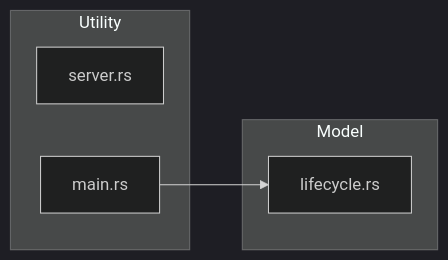
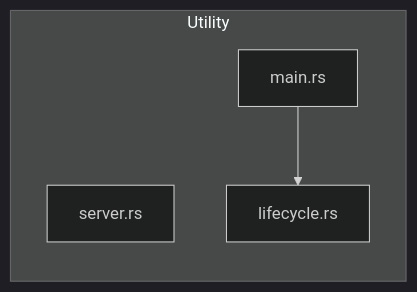
Before and after one commit to Mague/void-stack: the seventh of 8 diagrams in void-stack-analysis.md, drawn with Mermaid (dark theme). The commit also changed other lines of this file and 8 other files, not shown here.

````diff
--- a/void-stack-analysis.md
+++ b/void-stack-analysis.md
@@ -1323,11 +1322,9 @@
 ```mermaid
 graph LR
-    subgraph model ["Model"]
-        src_lifecycle_rs["lifecycle.rs"]
-    end
     subgraph utility ["Utility"]
         src_server_rs["server.rs"]
         src_main_rs["main.rs"]
+        src_lifecycle_rs["lifecycle.rs"]
     end
     src_main_rs --> src_lifecycle_rs
 ```
````
